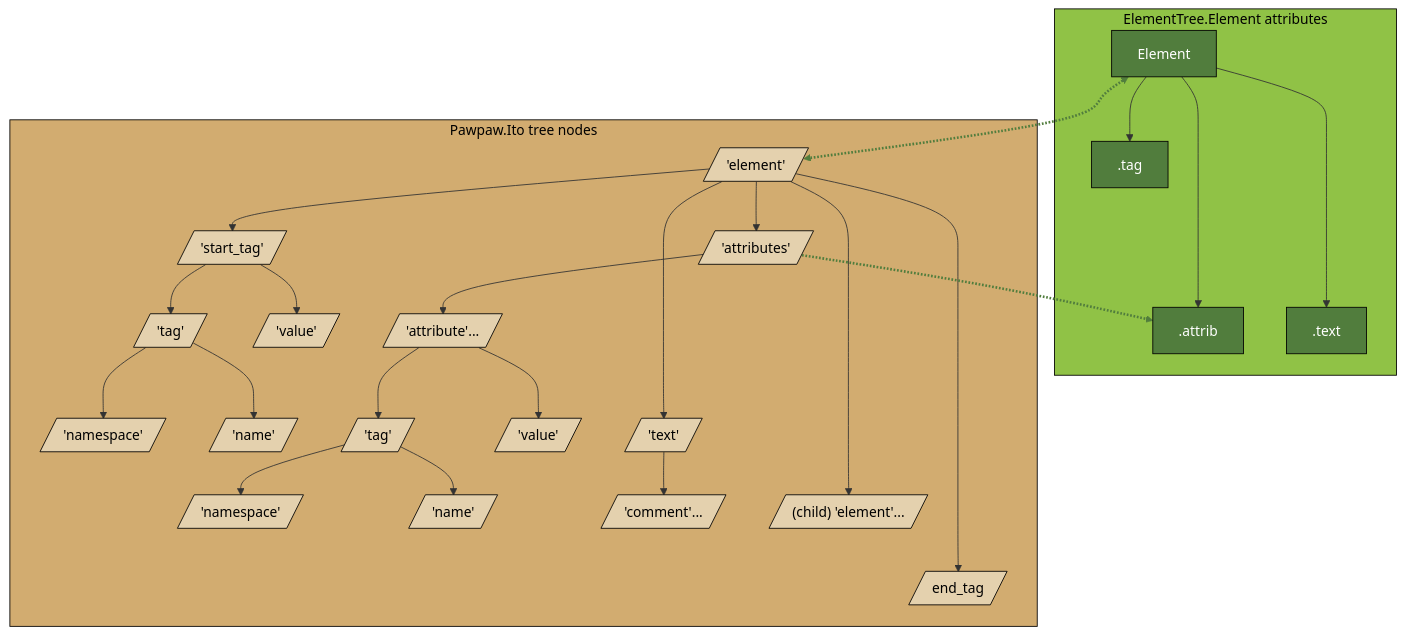
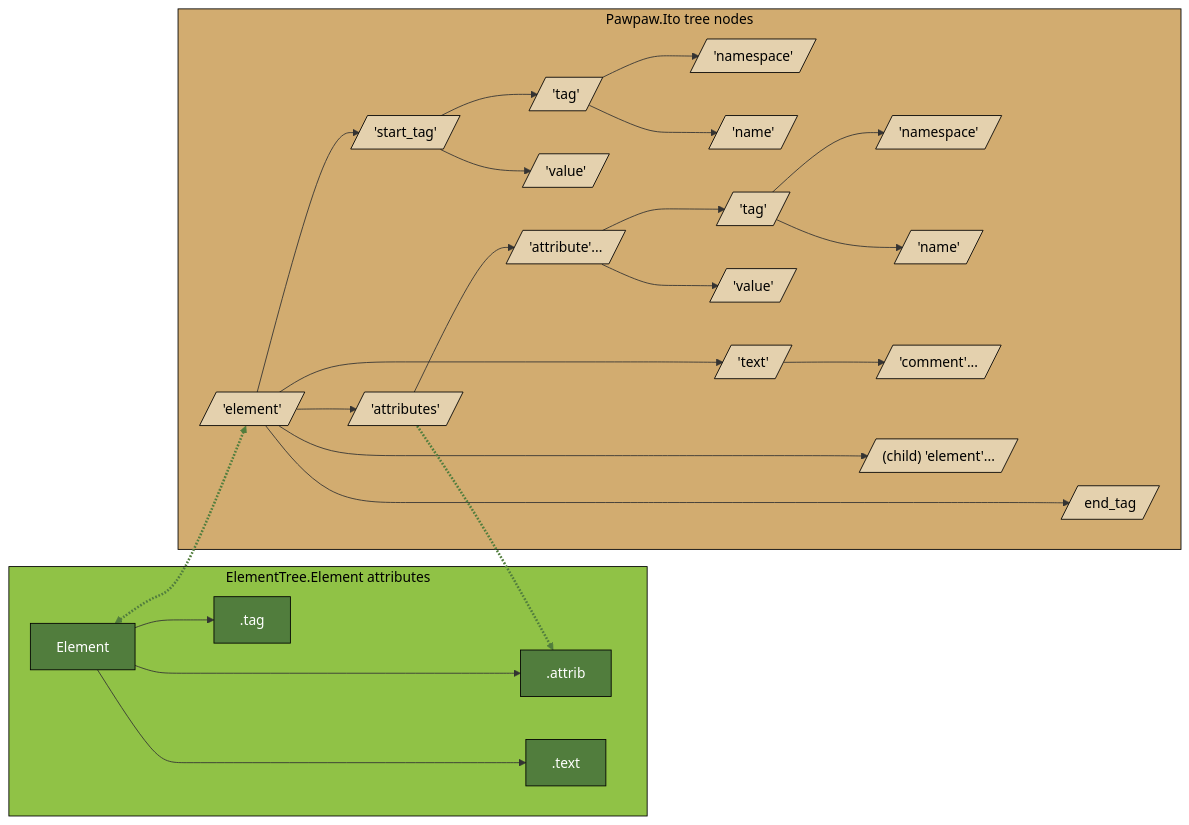
One commit to rlayers/pawpaw changed the diagram in docs/6. Xml.md. Above: the diagram before and after it, drawn with Mermaid. The commit also changed other lines of this file, not shown here.

````diff
--- a/docs/6. Xml.md
+++ b/docs/6. Xml.md
@@ -190,46 +190,46 @@
 ```mermaid
-graph TD;
+flowchart LR
   subgraph Element["ElementTree.Element attributes"]
     E_element["Element"]:::dark_green --> E_tag[".tag"]:::dark_green
     E_element ---> E_attrib[".attrib"]:::dark_green
     E_element ----> E_text[".text"]:::dark_green
   end
 
   subgraph Ito["Pawpaw.Ito tree nodes"]
     I_element[/'element'/]:::peach --> I_start_tag[/'start_tag'/]:::peach
 
     I_start_tag --> I_start_tag_tag[/'tag'/]:::peach
     I_start_tag_tag --> I_start_tag_tag_ns[/'namespace'/]:::peach
     I_start_tag_tag --> I_start_tag_tag_name[/'name'/]:::peach
     I_start_tag --> I_start_tag_value[/'value'/]:::peach
 
     I_element --> I_attributes[/'attributes'/]:::peach
     I_attributes --> I_attribute[/"'attribute'..."/]:::peach
     I_attribute --> I_attribute_tag[/'tag'/]:::peach
     I_attribute_tag --> I_attribute_tag_ns[/'namespace'/]:::peach
     I_attribute_tag --> I_attribute_tag_name[/'name'/]:::peach
     I_attribute --> I_attribute_value[/'value'/]:::peach
 
     I_element ----> I_text[/'text'/]:::peach
     I_text --> I_text_comment[/"'comment'..."/]:::peach
 
     I_element -----> I_element_child[/"(child) 'element'..."/]:::peach
 
     I_element ------> I_end_tag[/end_tag/]:::peach
 
     E_element <-.-> I_element
     I_attributes -.-> E_attrib
   end
 
   classDef dark_brown fill:#533E30,stroke:#000000,color:#FFFFFF;
   classDef light_brown fill:#D2AC70,stroke:#000000,color:#000000;
   classDef peach fill:#E4D1AE,stroke:#000000,color:#000000;
   classDef dark_green fill:#517D3D,stroke:#000000,color:#FFFFFF;
   classDef light_green fill:#90C246,stroke:#000000,color:#FFFFFF;
 
   linkStyle 18 stroke:#517D3D,stroke-width:3px;
   linkStyle 19 stroke:#517D3D,stroke-width:3px;
 
   style Element fill:#90C246,stroke:#000000,color:#000000;
   style Ito fill:#D2AC70,stroke:#000000,color:#000000;
 ```
````
